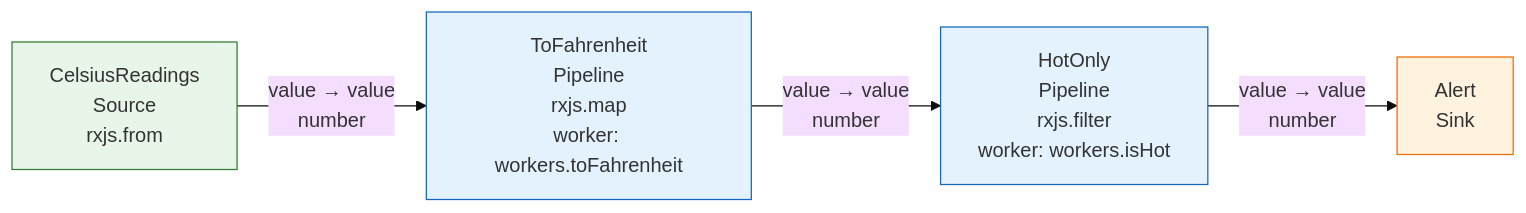
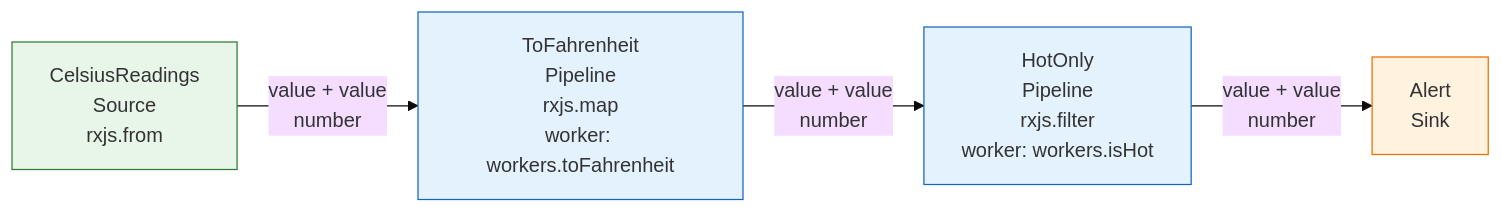
The diagram in examples/temperature-alerts/workflow.mmd (hansschenker/rxjs-rsl-gpt), drawn with Mermaid (base theme) before and after one commit. The commit also changed 4 other files, not shown here.

Commit message:
fix: generate Mermaid-compatible edge labels

```diff
--- a/examples/temperature-alerts/workflow.mmd
+++ b/examples/temperature-alerts/workflow.mmd
@@ -1,15 +1,15 @@
 flowchart LR
   n0["Alert<br/>Sink"]
   n1["CelsiusReadings<br/>Source<br/>rxjs.from"]
   n2["HotOnly<br/>Pipeline<br/>rxjs.filter<br/>worker: workers.isHot"]
   n3["ToFahrenheit<br/>Pipeline<br/>rxjs.map<br/>worker: workers.toFahrenheit"]
-  n1 -->|"value → value<br/>number"| n3
-  n2 -->|"value → value<br/>number"| n0
-  n3 -->|"value → value<br/>number"| n2
+  n1 -->|"value + value<br/>number"| n3
+  n2 -->|"value + value<br/>number"| n0
+  n3 -->|"value + value<br/>number"| n2
   class n0 sink
   class n1 source
   class n2 pipeline
   class n3 pipeline
   classDef source fill:#e8f5e9,stroke:#2e7d32
   classDef pipeline fill:#e3f2fd,stroke:#1565c0
   classDef sink fill:#fff3e0,stroke:#ef6c00
```
